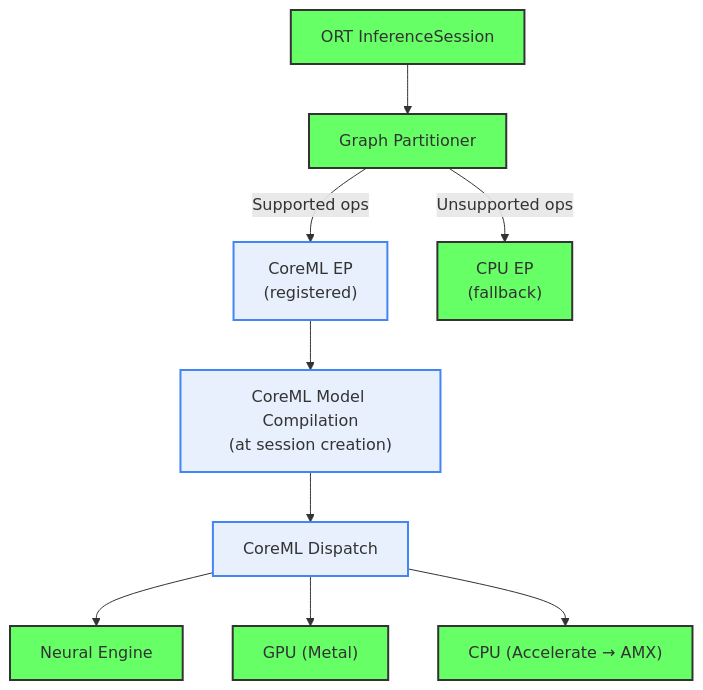
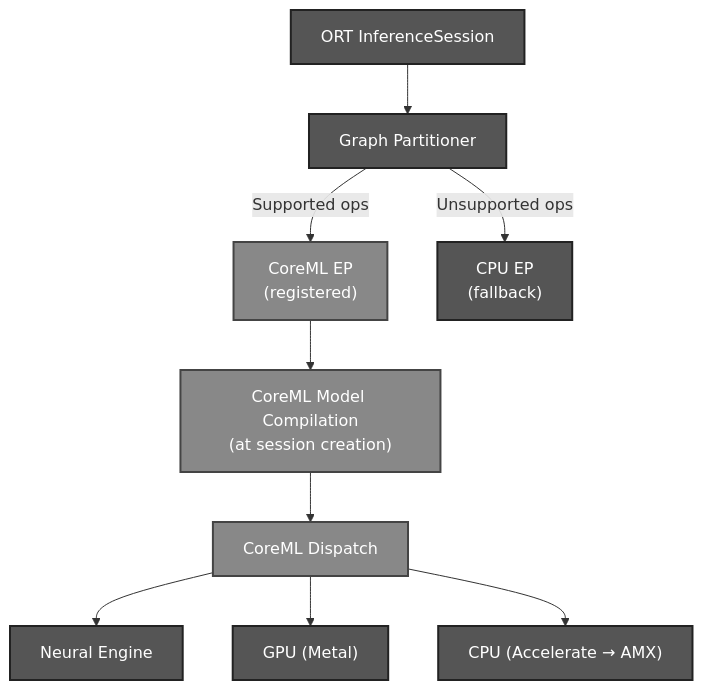
Before and after one commit to Fulton-Engineering-Services/bge-m3-embedding-server: the fifth of 5 diagrams in docs/apple-silicon.md, drawn with Mermaid. The commit also changed other lines of this file, not shown here.

Commit message:
docs(apple-silicon): replace diagram colors with grayscale palette

````diff
--- a/docs/apple-silicon.md
+++ b/docs/apple-silicon.md
@@ -472,27 +472,27 @@
 ```mermaid
 graph TD
     Session["ORT InferenceSession"]
     Partition["Graph Partitioner"]
     CoreML["CoreML EP<br/>(registered)"]
     CPU["CPU EP<br/>(fallback)"]
     Compile["CoreML Model Compilation<br/>(at session creation)"]
     Dispatch["CoreML Dispatch"]
     ANE["Neural Engine"]
     GPU["GPU (Metal)"]
     CPUML["CPU (Accelerate → AMX)"]
 
     Session --> Partition
     Partition -->|"Supported ops"| CoreML
     Partition -->|"Unsupported ops"| CPU
     CoreML --> Compile
     Compile --> Dispatch
     Dispatch --> ANE
     Dispatch --> GPU
     Dispatch --> CPUML
 
-    classDef active fill:#6f6,stroke:#333,stroke-width:2px
-    classDef coreml fill:#e8f0fe,stroke:#4285f4,stroke-width:2px
+    classDef active fill:#555,stroke:#222,stroke-width:2px,color:#fff
+    classDef coreml fill:#888,stroke:#444,stroke-width:2px,color:#fff
 
     class Session,Partition,CoreML,Compile,Dispatch,ANE,GPU,CPUML,CPU active
     class CoreML,Compile,Dispatch coreml
 ```
````
